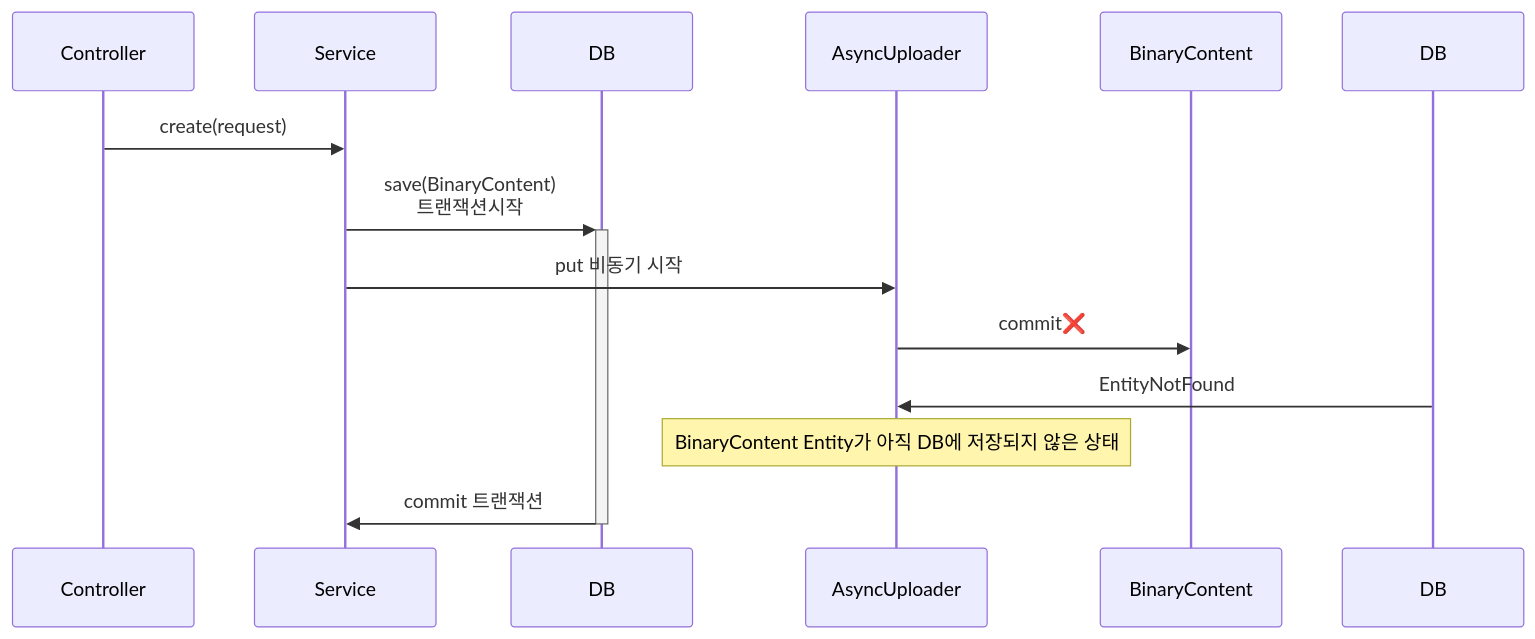
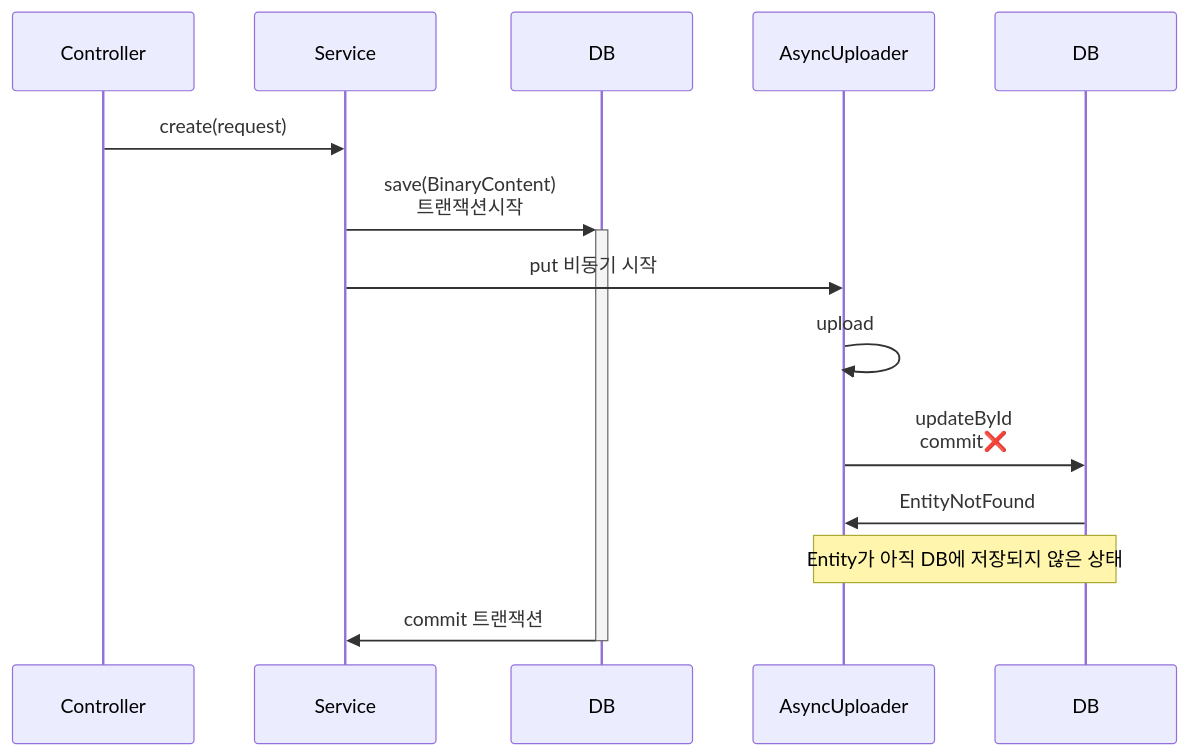
One commit to codeit-bootcamp-spring/1-sprint-mission changed the sixth of 7 diagrams in README.md. Above: the diagram before and after it, drawn with Mermaid.

Commit message:
docs: fix typo in README regarding BinaryContent in asynchronous upload sequence

````diff
--- a/README.md
+++ b/README.md
@@ -201,16 +201,16 @@
 ```mermaid
 sequenceDiagram
   participant C as Controller
   participant S as Service
   participant D as DB
   participant AsyncUploader
-  participant BinaryContent
 
   C->>S: create(request)
   S->>+D: save(BinaryContent)<br/>트랜잭션시작
   S->>AsyncUploader: put 비동기 시작
-  AsyncUploader->>BinaryContent: commit❌
+  AsyncUploader->>AsyncUploader: upload
+  AsyncUploader->>DB: updateById<br/>commit❌
   DB->>AsyncUploader: EntityNotFound
-  Note over AsyncUploader: BinaryContent Entity가 아직 DB에 저장되지 않은 상태
+  Note over AsyncUploader, DB: Entity가 아직 DB에 저장되지 않은 상태
   D->>-S: commit 트랜잭션
 ```
````
